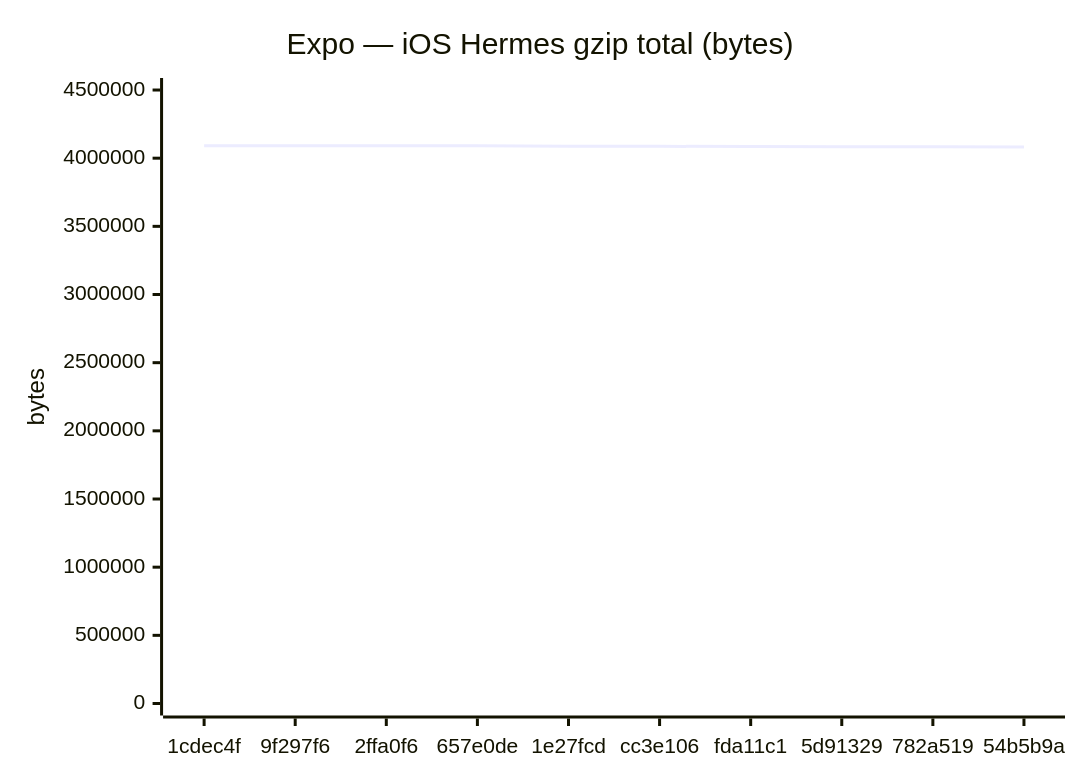
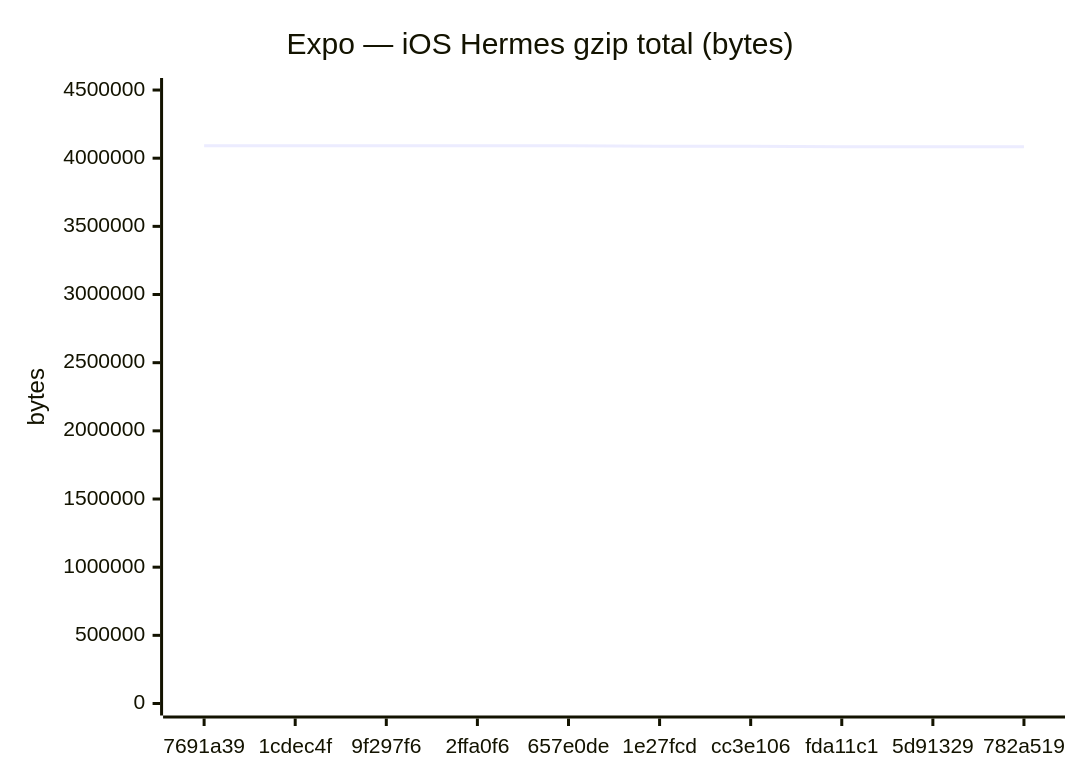
One commit to Metaheurist/Rianell changed the sixth of 18 diagrams in benchmarks/compare.md. Above: the diagram before and after it, drawn with Mermaid. The commit also changed other lines of this file and 11 other files, not shown here.

````diff
--- a/benchmarks/compare.md
+++ b/benchmarks/compare.md
@@ -96,7 +96,7 @@
 ```mermaid
 xychart-beta
     title "Expo — iOS Hermes gzip total (bytes)"
-    x-axis ["1cdec4f", "9f297f6", "2ffa0f6", "657e0de", "1e27fcd", "cc3e106", "fda11c1", "5d91329", "782a519", "54b5b9a"]
-    y-axis "bytes" 0 --> 4500158
-    line [4091052, 4091052, 4091051, 4090884, 4087417, 4087412, 4084812, 4084805, 4084677, 4082348]
+    x-axis ["7691a39", "1cdec4f", "9f297f6", "2ffa0f6", "657e0de", "1e27fcd", "cc3e106", "fda11c1", "5d91329", "782a519"]
+    y-axis "bytes" 0 --> 4500248
+    line [4091134, 4091052, 4091052, 4091051, 4090884, 4087417, 4087412, 4084812, 4084805, 4084677]
 ```
````
